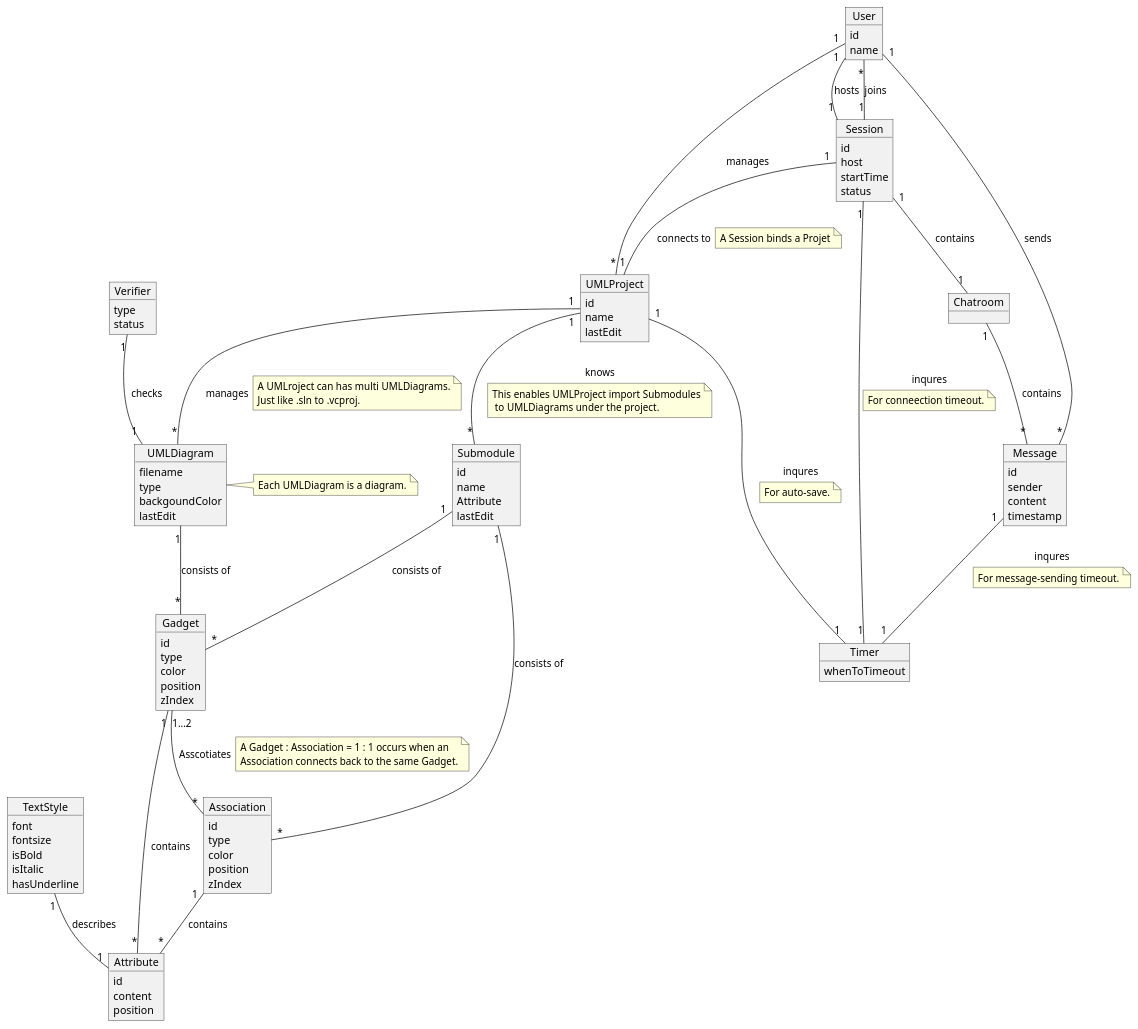
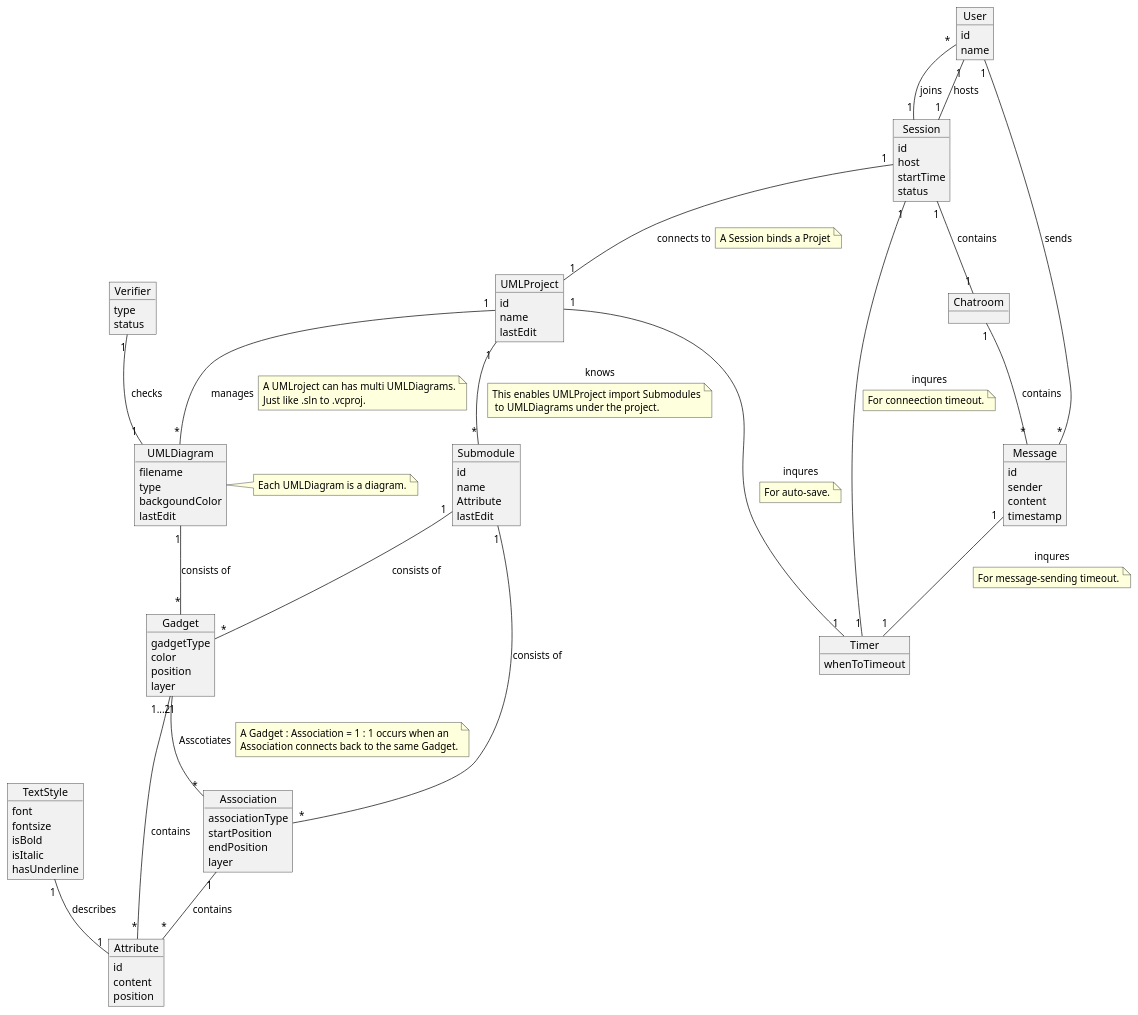
Before and after one commit to Vghxv/Dr.UML__________________: the diagram in docs/graphs/dm.iuml, drawn with PlantUML. The commit also changed 19 other files, not shown here.

```diff
--- a/docs/graphs/dm.iuml
+++ b/docs/graphs/dm.iuml
@@ -1,144 +1,141 @@
 @startuml
 hide circle
 'hide method
 'hide attribute
 'hide link
 
 
     object User {
         id
         name
     }
 
     object UMLProject {
         id
         name
         lastEdit
     }
 
     object UMLDiagram {
         filename
         type
         backgoundColor
         lastEdit
     }
     note right
         Each UMLDiagram is a diagram.
     end note
 
     object Gadget {
-        id
-        type
+        gadgetType
         color
         position
-        zIndex
+        layer
     }
 
     object Association {
-        id
-        type
-        color
-        position
-        zIndex
+        associationType
+        startPosition
+        endPosition
+        layer
     }
 
     object Submodule {
         id
         name
         Attribute
         lastEdit
     }
 
     object Session {
         id
         host
         startTime
         status
     }
 
     object Chatroom {
 
     }
 
     object Message {
         id
         sender
         content
         timestamp
     }
 
     object Attribute {
         id
         content
         position
     }
 
     object TextStyle {
         font
         fontsize
         isBold
         isItalic
         hasUnderline
     }
 
     object Timer {
         whenToTimeout
     }
 
 
     object Verifier {
         type
         status
     }
 
 
-    User "1" -- "*" UMLProject : manages
     UMLProject "1" -- "*" UMLDiagram : manages
     note right on link
         A UMLroject can has multi UMLDiagrams.
         Just like .sln to .vcproj.
     end note
 
     UMLDiagram "1" -- "*" Gadget : consists of
     Submodule "1" -- "*" Gadget : consists of
     Submodule "1" -- "*" Association : consists of
     Gadget "1" -- "*" Attribute : contains
     Association  "1" -- "*" Attribute : contains
     Gadget "1...2" -- "*" Association : Asscotiates
     note right on link
         A Gadget : Association = 1 : 1 occurs when an
         Association connects back to the same Gadget.
     end note
     UMLProject  "1" -- "*" Submodule : knows
     note bottom on link
         This enables UMLProject import Submodules
          to UMLDiagrams under the project.
     end note
 
     User "1" -- "1" Session : hosts
     User  "*" -- "1" Session : joins
     Session "1" -- "1" UMLProject : connects to
     note right on link
         A Session binds a Projet
     end note
     Session "1" -- "1" Chatroom : contains
     Chatroom "1" -- "*" Message : contains
     User "1" -- "*" Message : sends
     TextStyle "1" -- "1" Attribute : describes
     UMLProject "1" -- "1" Timer : inqures
     note bottom on link
         For auto-save.
     end note
     Session "1" -- "1" Timer : inqures
     note bottom on link
             For conneection timeout.
     end note
     Message "1" -- "1" Timer : inqures
     note bottom on link
             For message-sending timeout.
     end note
     Verifier "1" -- "1" UMLDiagram : checks
 
 
 
 @endtuml
```
